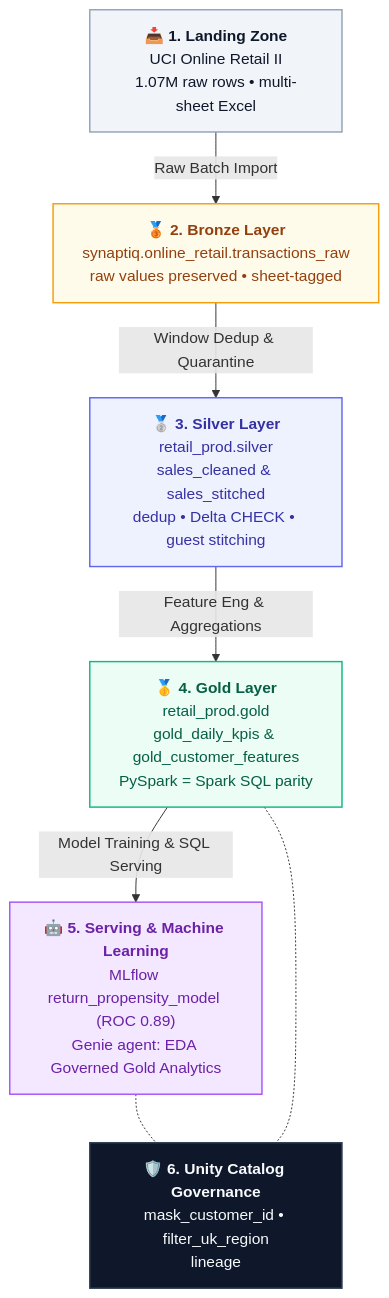
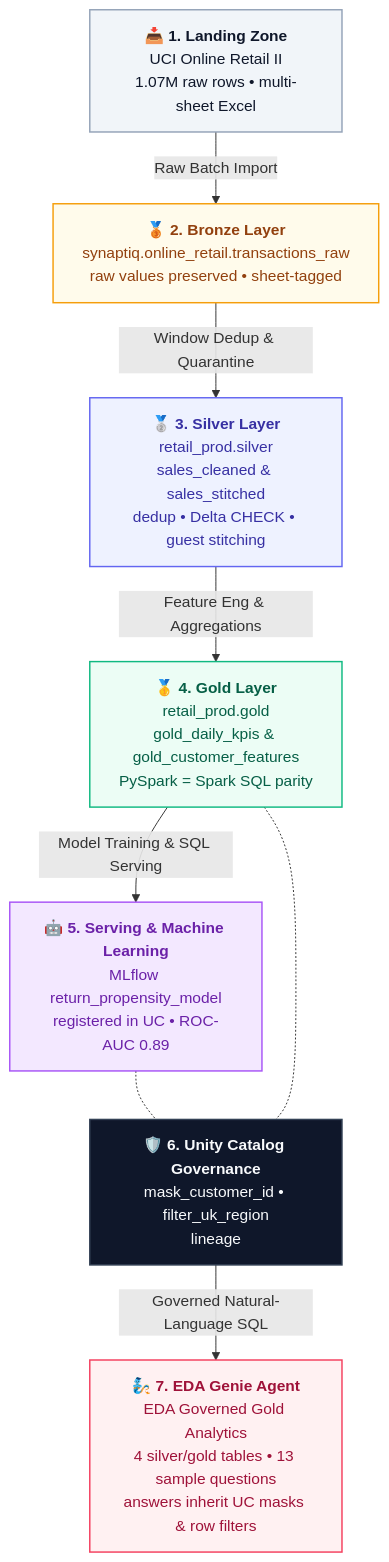
One commit to slysik/databricks-eda changed the diagram in README.md. Above: the diagram before and after it, drawn with Mermaid. The commit also changed other lines of this file, not shown here.

Commit message:
README: add EDA Genie Agent as step 7 of the architecture diagram
Genie gets its own node below Unity Catalog governance (its answers inherit
the UC column mask and row filter), plus a link to the live Genie room and
its exported definition.

````diff
--- a/README.md
+++ b/README.md
@@ -38,30 +38,34 @@
 ```mermaid
 graph TD
     classDef source fill:#F1F5F9,stroke:#94A3B8,stroke-width:1.5px,color:#0F172A;
     classDef bronze fill:#FFFBEB,stroke:#F59E0B,stroke-width:1.5px,color:#92400E;
     classDef silver fill:#EEF2FF,stroke:#6366F1,stroke-width:1.5px,color:#3730A3;
     classDef gold fill:#ECFDF5,stroke:#10B981,stroke-width:1.5px,color:#065F46;
     classDef serving fill:#F3E8FF,stroke:#A855F7,stroke-width:1.5px,color:#6B21A8;
     classDef uc fill:#0F172A,stroke:#334155,stroke-width:1.5px,color:#F8FAFC;
+    classDef genie fill:#FFF1F2,stroke:#F43F5E,stroke-width:1.5px,color:#9F1239;
 
     S["📥 <b>1. Landing Zone</b><br/>UCI Online Retail II<br/>1.07M raw rows • multi-sheet Excel"]
     B["🥉 <b>2. Bronze Layer</b><br/>synaptiq.online_retail.transactions_raw<br/>raw values preserved • sheet-tagged"]
     SLV["🥈 <b>3. Silver Layer</b><br/>retail_prod.silver<br/>sales_cleaned & sales_stitched<br/>dedup • Delta CHECK • guest stitching"]
     G["🥇 <b>4. Gold Layer</b><br/>retail_prod.gold<br/>gold_daily_kpis & gold_customer_features<br/>PySpark = Spark SQL parity"]
-    SRV["🤖 <b>5. Serving & Machine Learning</b><br/>MLflow return_propensity_model (ROC 0.89)<br/>Genie agent: EDA Governed Gold Analytics"]
+    SRV["🤖 <b>5. Serving & Machine Learning</b><br/>MLflow return_propensity_model<br/>registered in UC • ROC-AUC 0.89"]
     UC["🛡️ <b>6. Unity Catalog Governance</b><br/>mask_customer_id • filter_uk_region<br/>lineage"]
+    GN["🧞 <b>7. EDA Genie Agent</b><br/>EDA Governed Gold Analytics<br/>4 silver/gold tables • 13 sample questions<br/>answers inherit UC masks & row filters"]
 
     S -->|Raw Batch Import| B
     B -->|Window Dedup & Quarantine| SLV
     SLV -->|Feature Eng & Aggregations| G
     G -->|Model Training & SQL Serving| SRV
     SRV -.- UC
     G -.- UC
+    UC -->|Governed Natural-Language SQL| GN
 
     class S source;
     class B bronze;
     class SLV silver;
     class G gold;
     class SRV serving;
     class UC uc;
+    class GN genie;
 ```
````
